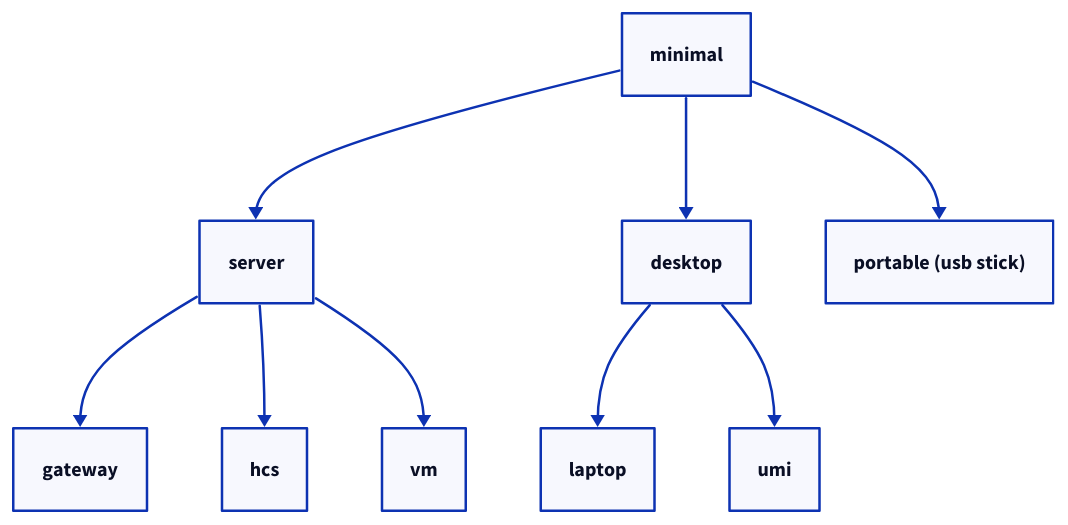
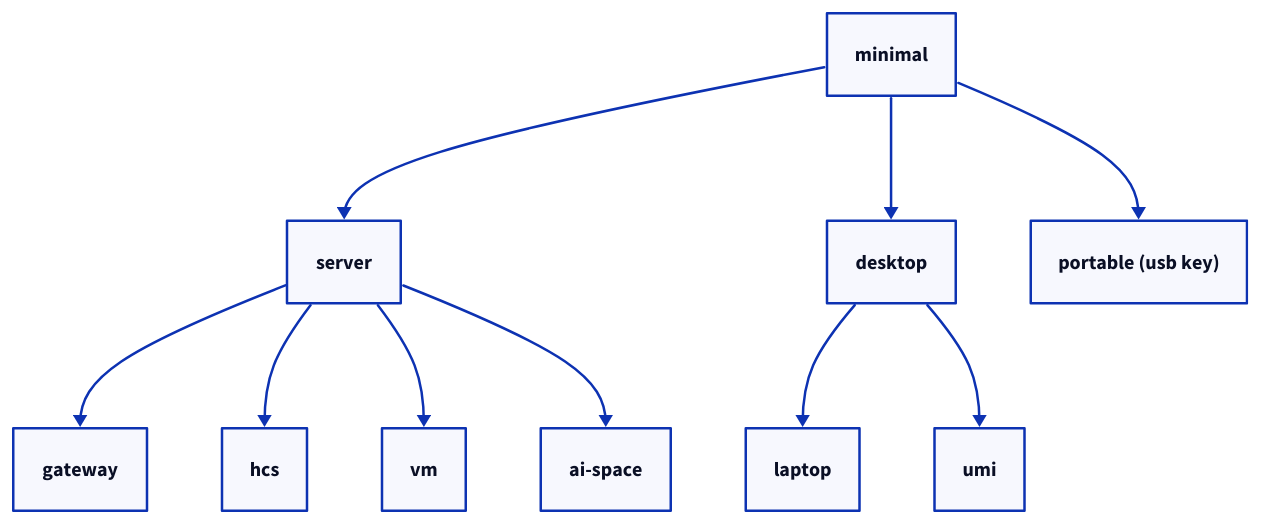
Before and after one commit to darkone-linux/dnf-doc: the diagram in src/content/docs/en/doc/admin-guide/understand/host-profiles.mdx, drawn with D2. The commit also changed other lines of this file and 40 other files, not shown here.

````diff
--- a/src/content/docs/en/doc/admin-guide/understand/host-profiles.mdx
+++ b/src/content/docs/en/doc/admin-guide/understand/host-profiles.mdx
@@ -20,25 +20,27 @@
 ```d2
 style.fill: transparent
 direction: down
 
 minimal: minimal
 
 server: server
 desktop: desktop
-portable: portable (usb stick)
+portable: portable (usb key)
 
 gateway: gateway
 hcs: hcs
 vm: vm
+ai-space: ai-space
 laptop: laptop
 umi: umi
 
 minimal -> server
 minimal -> desktop
 minimal -> portable
 server -> gateway
 server -> hcs
 server -> vm
+server -> ai-space
 desktop -> laptop
 desktop -> umi
 ```
````
